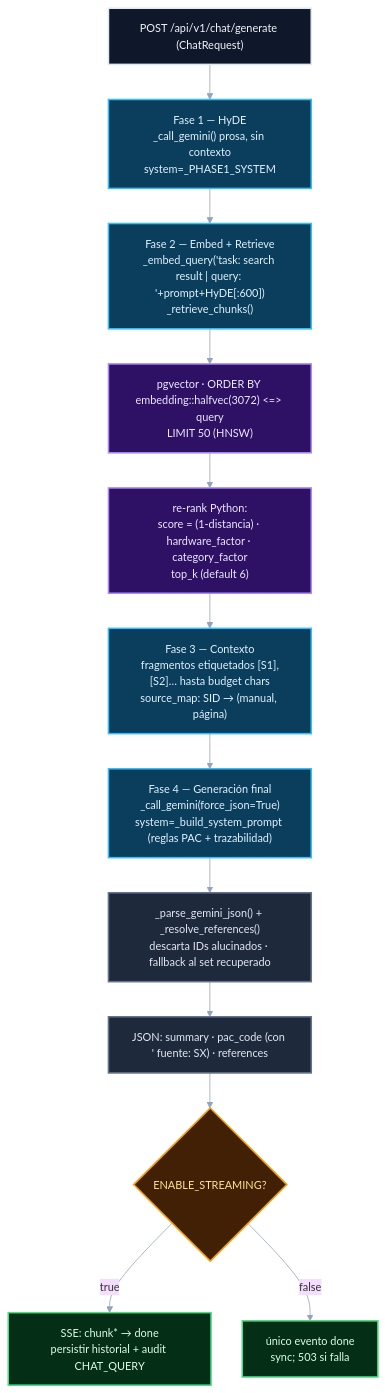
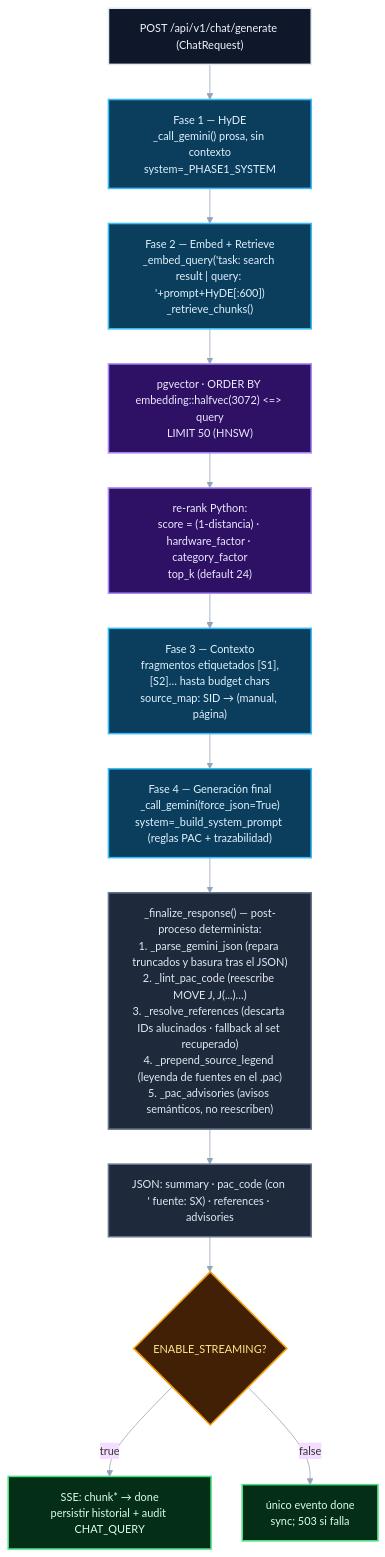
One commit to soviedos/rc7_programming_assistant changed the third of 8 diagrams in docs/architecture/ARCHITECTURE.md. Above: the diagram before and after it, drawn with Mermaid. The commit also changed other lines of this file and 25 other files, not shown here.

````diff
--- a/docs/architecture/ARCHITECTURE.md
+++ b/docs/architecture/ARCHITECTURE.md
@@ -117,22 +121,22 @@
 ```mermaid
 %%{init: {'theme':'base','themeVariables':{'fontFamily':'ui-sans-serif, system-ui','fontSize':'14px','lineColor':'#94a3b8'},'flowchart':{'curve':'basis','nodeSpacing':40,'rankSpacing':45}}}%%
 flowchart TD
     Q["POST /api/v1/chat/generate (ChatRequest)"]:::io --> P1["Fase 1 — HyDE\n_call_gemini() prosa, sin contexto\nsystem=_PHASE1_SYSTEM"]:::phase
     P1 --> P2["Fase 2 — Embed + Retrieve\n_embed_query('task: search result | query: '+prompt+HyDE[:600])\n_retrieve_chunks()"]:::phase
     P2 --> R1["pgvector · ORDER BY embedding::halfvec(3072) &lt;=&gt; query\nLIMIT 50 (HNSW)"]:::data
-    R1 --> R2["re-rank Python:\nscore = (1-distancia) · hardware_factor · category_factor\ntop_k (default 6)"]:::data
+    R1 --> R2["re-rank Python:\nscore = (1-distancia) · hardware_factor · category_factor\ntop_k (default 24)"]:::data
     R2 --> P3["Fase 3 — Contexto\nfragmentos etiquetados [S1],[S2]… hasta budget chars\nsource_map: SID → (manual, página)"]:::phase
     P3 --> P4["Fase 4 — Generación final\n_call_gemini(force_json=True)\nsystem=_build_system_prompt (reglas PAC + trazabilidad)"]:::phase
-    P4 --> PARSE["_parse_gemini_json() + _resolve_references()\ndescarta IDs alucinados · fallback al set recuperado"]:::process
-    PARSE --> OUT["JSON: summary · pac_code (con ' fuente: SX) · references"]:::process
+    P4 --> PARSE["_finalize_response() — post-proceso determinista:\n1. _parse_gemini_json (repara truncados y basura tras el JSON)\n2. _lint_pac_code (reescribe MOVE J, J(...)…)\n3. _resolve_references (descarta IDs alucinados · fallback al set recuperado)\n4. _prepend_source_legend (leyenda de fuentes en el .pac)\n5. _pac_advisories (avisos semánticos, no reescriben)"]:::process
+    PARSE --> OUT["JSON: summary · pac_code (con ' fuente: SX) · references · advisories"]:::process
     OUT --> SSE{"ENABLE_STREAMING?"}:::decision
     SSE -- "true" --> S1["SSE: chunk* → done\npersistir historial + audit CHAT_QUERY"]:::ok
     SSE -- "false" --> S2["único evento done\nsync; 503 si falla"]:::ok
 
     classDef io fill:#0f172a,stroke:#e2e8f0,stroke-width:2px,color:#f1f5f9
     classDef phase fill:#0b3d5c,stroke:#38bdf8,stroke-width:2px,color:#e0f2fe
     classDef data fill:#2e1065,stroke:#a78bfa,stroke-width:2px,color:#ede9fe
     classDef process fill:#1e293b,stroke:#64748b,stroke-width:2px,color:#e2e8f0
     classDef decision fill:#422006,stroke:#f59e0b,stroke-width:2px,color:#fde68a
     classDef ok fill:#052e16,stroke:#4ade80,stroke-width:2px,color:#dcfce7
 ```
````
